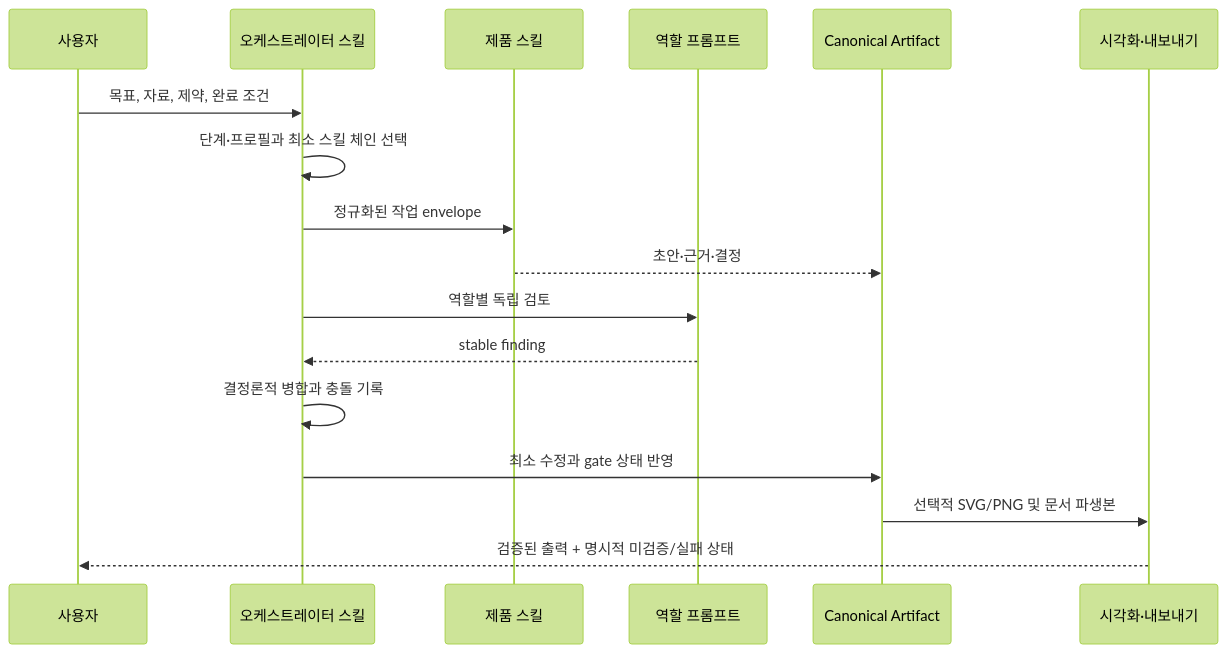
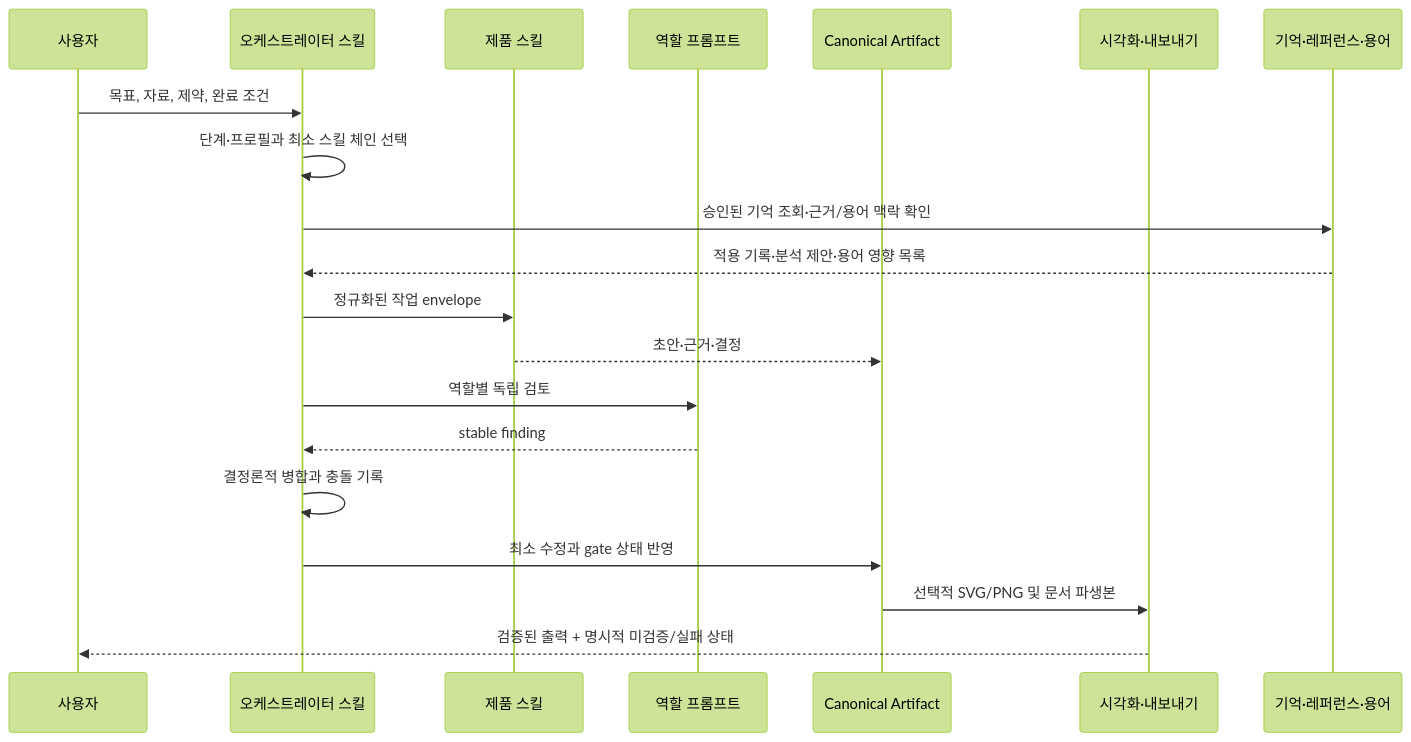
Before and after one commit to freelife1191/gamedesign-plugin: the second of 2 diagrams in architecture/plugin-suite.md, drawn with Mermaid (forest theme). The commit also changed other lines of this file and 129 other files, not shown here.

````diff
--- a/architecture/plugin-suite.md
+++ b/architecture/plugin-suite.md
@@ -110,20 +122,23 @@
 ```mermaid
 sequenceDiagram
     participant U as 사용자
     participant O as 오케스트레이터 스킬
     participant W as 제품 스킬
     participant R as 역할 프롬프트
     participant C as Canonical Artifact
     participant X as 시각화·내보내기
+    participant M as 기억·레퍼런스·용어
 
     U->>O: 목표, 자료, 제약, 완료 조건
     O->>O: 단계·프로필과 최소 스킬 체인 선택
+    O->>M: 승인된 기억 조회·근거/용어 맥락 확인
+    M-->>O: 적용 기록·분석 제안·용어 영향 목록
     O->>W: 정규화된 작업 envelope
     W-->>C: 초안·근거·결정
     O->>R: 역할별 독립 검토
     R-->>O: stable finding
     O->>O: 결정론적 병합과 충돌 기록
     O->>C: 최소 수정과 gate 상태 반영
     C->>X: 선택적 SVG/PNG 및 문서 파생본
     X-->>U: 검증된 출력 + 명시적 미검증/실패 상태
 ```
````
